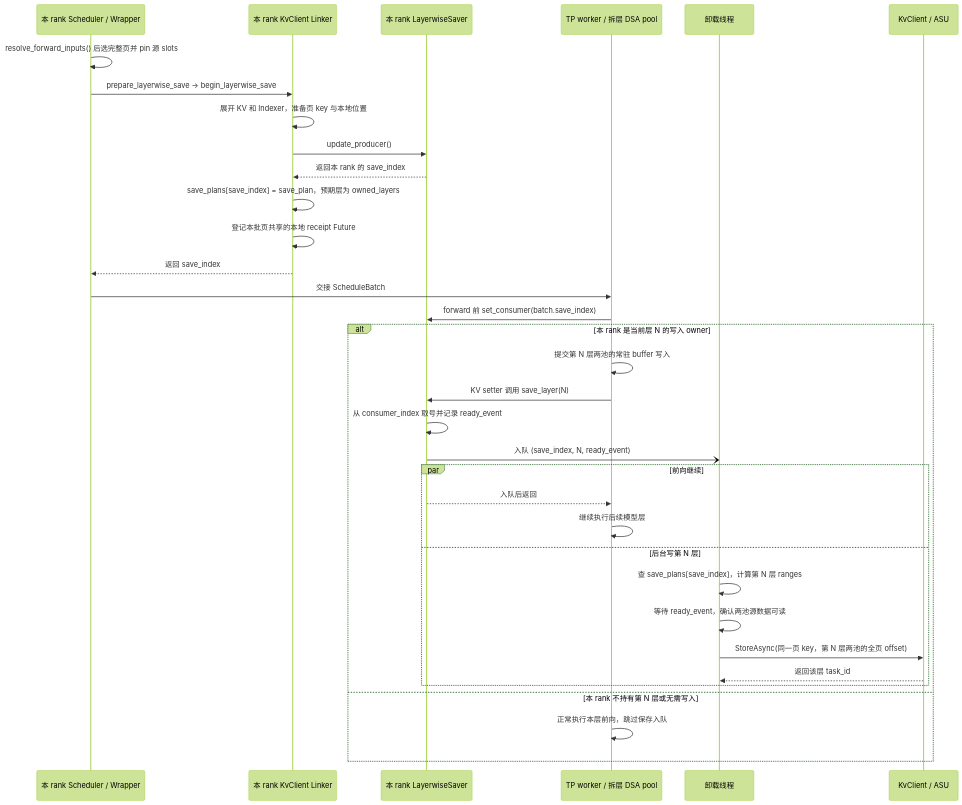
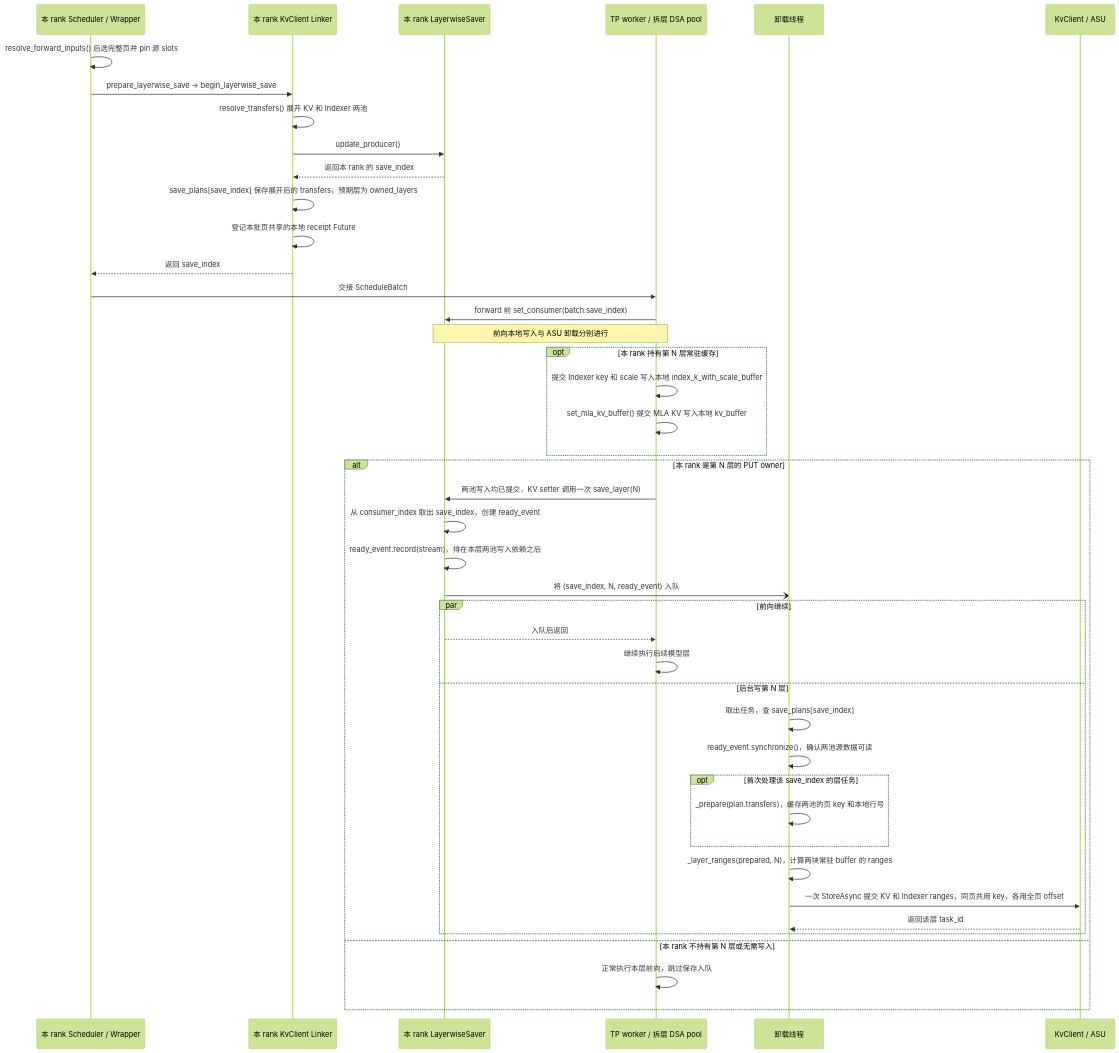
Before and after one commit to yuanzhg078/sglang: the third of 8 diagrams in kv_client_dsa_cache_layer_split_design.md, drawn with Mermaid (forest theme). The commit also changed other lines of this file and 1 other file, not shown here.

````diff
--- a/kv_client_dsa_cache_layer_split_design.md
+++ b/kv_client_dsa_cache_layer_split_design.md
@@ -191,37 +228,46 @@
 ```mermaid
 sequenceDiagram
     participant W as 本 rank Scheduler / Wrapper
     participant L as 本 rank KvClient Linker
     participant V as 本 rank LayerwiseSaver
     participant P as TP worker / 拆层 DSA pool
     participant T as 卸载线程
     participant S as KvClient / ASU
 
     W->>W: resolve_forward_inputs() 后选完整页并 pin 源 slots
     W->>L: prepare_layerwise_save → begin_layerwise_save
-    L->>L: 展开 KV 和 Indexer，准备页 key 与本地位置
+    L->>L: resolve_transfers() 展开 KV 和 Indexer 两池
     L->>V: update_producer()
     V-->>L: 返回本 rank 的 save_index
-    L->>L: save_plans[save_index] = save_plan，预期层为 owned_layers
+    L->>L: save_plans[save_index] 保存展开后的 transfers，预期层为 owned_layers
     L->>L: 登记本批页共享的本地 receipt Future
     L-->>W: 返回 save_index
     W->>P: 交接 ScheduleBatch
     P->>V: forward 前 set_consumer(batch.save_index)
-    alt 本 rank 是当前层 N 的写入 owner
-        P->>P: 提交第 N 层两池的常驻 buffer 写入
-        P->>V: KV setter 调用 save_layer(N)
-        V->>V: 从 consumer_index 取号并记录 ready_event
-        V-)T: 入队 (save_index, N, ready_event)
+    Note over P,V: 前向本地写入与 ASU 卸载分别进行
+    opt 本 rank 持有第 N 层常驻缓存
+        P->>P: 提交 Indexer key 和 scale 写入本地 index_k_with_scale_buffer
+        P->>P: set_mla_kv_buffer() 提交 MLA KV 写入本地 kv_buffer
+    end
+    alt 本 rank 是第 N 层的 PUT owner
+        P->>V: 两池写入均已提交，KV setter 调用一次 save_layer(N)
+        V->>V: 从 consumer_index 取出 save_index，创建 ready_event
+        V->>V: ready_event.record(stream)，排在本层两池写入依赖之后
+        V-)T: 将 (save_index, N, ready_event) 入队
         par 前向继续
             V-->>P: 入队后返回
             P->>P: 继续执行后续模型层
         and 后台写第 N 层
-            T->>T: 查 save_plans[save_index]，计算第 N 层 ranges
-            T->>T: 等待 ready_event，确认两池源数据可读
-            T->>S: StoreAsync(同一页 key，第 N 层两池的全页 offset)
+            T->>T: 取出任务，查 save_plans[save_index]
+            T->>T: ready_event.synchronize()，确认两池源数据可读
+            opt 首次处理该 save_index 的层任务
+                T->>T: _prepare(plan.transfers)，缓存两池的页 key 和本地行号
+            end
+            T->>T: _layer_ranges(prepared, N)，计算两块常驻 buffer 的 ranges
+            T->>S: 一次 StoreAsync 提交 KV 和 Indexer ranges，同页共用 key，各用全页 offset
             S-->>T: 返回该层 task_id
         end
     else 本 rank 不持有第 N 层或无需写入
         P->>P: 正常执行本层前向，跳过保存入队
     end
 ```
````
